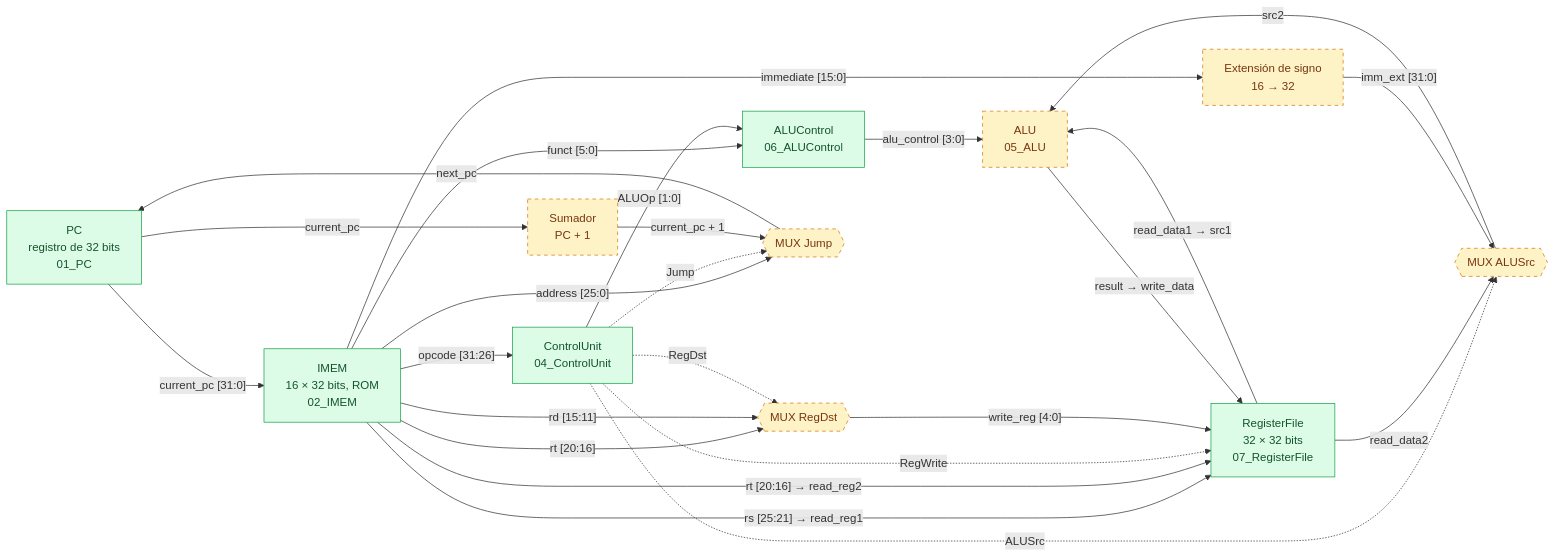
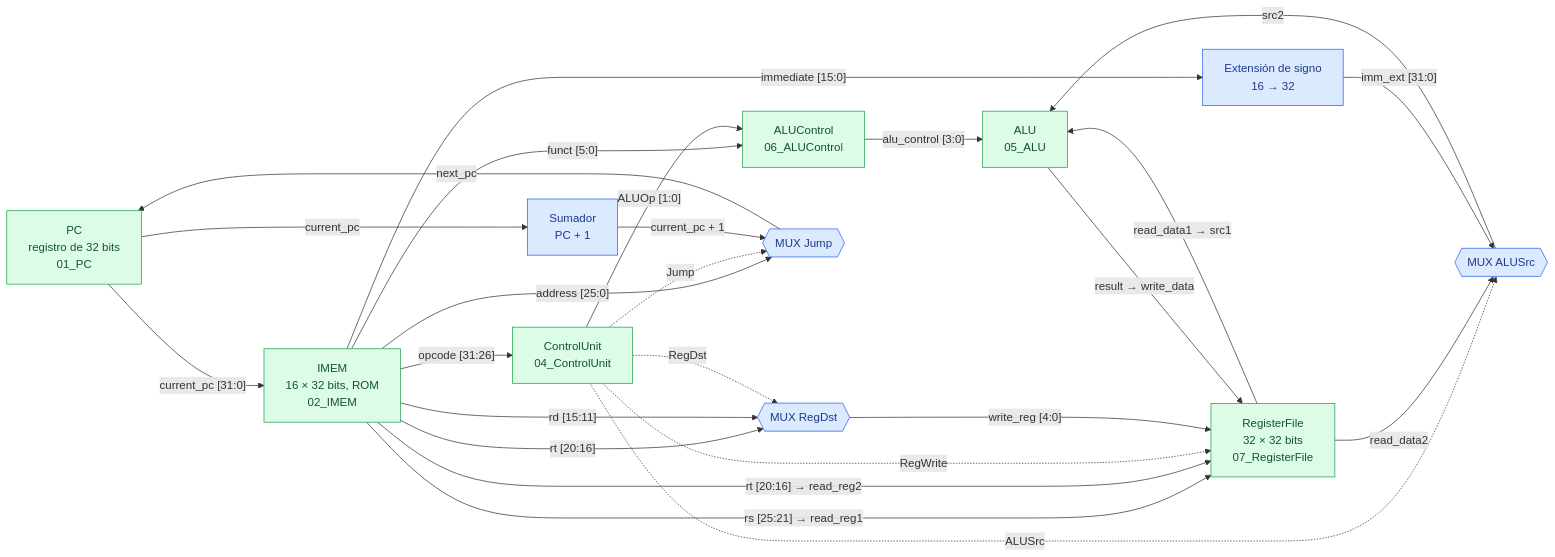
The diagram in docs/Arquitectura.md (Rol0a/32Bit_MIPS), drawn with Mermaid before and after one commit. The commit also changed other lines of this file and 9 other files, not shown here.

````diff
--- a/docs/Arquitectura.md
+++ b/docs/Arquitectura.md
@@ -346,42 +350,42 @@
 ```mermaid
 flowchart LR
     classDef hecho fill:#dcfce7,stroke:#16a34a,color:#14532d
-    classDef pendiente fill:#fef3c7,stroke:#d97706,color:#78350f,stroke-dasharray:5 5
+    classDef assign fill:#dbeafe,stroke:#2563eb,color:#1e3a8a
 
     PC["PC<br/>registro de 32 bits<br/>01_PC"]:::hecho
     IMEM["IMEM<br/>16 × 32 bits, ROM<br/>02_IMEM"]:::hecho
     CU["ControlUnit<br/>04_ControlUnit"]:::hecho
     AC["ALUControl<br/>06_ALUControl"]:::hecho
     RF["RegisterFile<br/>32 × 32 bits<br/>07_RegisterFile"]:::hecho
-    SE["Extensión de signo<br/>16 → 32"]:::pendiente
-    MRD{{"MUX RegDst"}}:::pendiente
-    MAS{{"MUX ALUSrc"}}:::pendiente
-    ALU["ALU<br/>05_ALU"]:::pendiente
-    INC["Sumador<br/>PC + 1"]:::pendiente
-    MJ{{"MUX Jump"}}:::pendiente
+    SE["Extensión de signo<br/>16 → 32"]:::assign
+    MRD{{"MUX RegDst"}}:::assign
+    MAS{{"MUX ALUSrc"}}:::assign
+    ALU["ALU<br/>05_ALU"]:::hecho
+    INC["Sumador<br/>PC + 1"]:::assign
+    MJ{{"MUX Jump"}}:::assign
 
     PC -- "current_pc [31:0]" --> IMEM
     PC -- "current_pc" --> INC
     IMEM -- "opcode [31:26]" --> CU
     IMEM -- "funct [5:0]" --> AC
     IMEM -- "rs [25:21] → read_reg1" --> RF
     IMEM -- "rt [20:16] → read_reg2" --> RF
     IMEM -- "rt [20:16]" --> MRD
     IMEM -- "rd [15:11]" --> MRD
     IMEM -- "immediate [15:0]" --> SE
     IMEM -- "address [25:0]" --> MJ
     CU -- "ALUOp [1:0]" --> AC
     CU -. "RegDst" .-> MRD
     CU -. "ALUSrc" .-> MAS
     CU -. "RegWrite" .-> RF
     CU -. "Jump" .-> MJ
     MRD -- "write_reg [4:0]" --> RF
     RF -- "read_data1 → src1" --> ALU
     RF -- "read_data2" --> MAS
     SE -- "imm_ext [31:0]" --> MAS
     MAS -- "src2" --> ALU
     AC -- "alu_control [3:0]" --> ALU
     ALU -- "result → write_data" --> RF
     INC -- "current_pc + 1" --> MJ
     MJ -- "next_pc" --> PC
 ```
````
